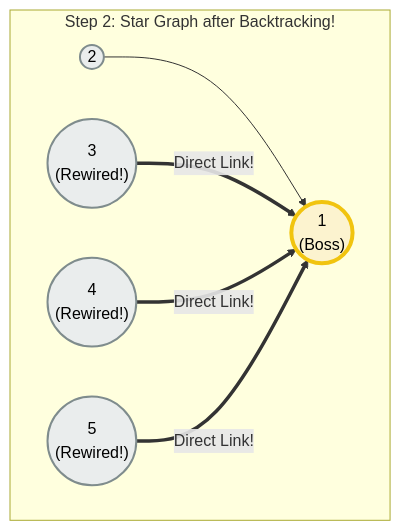
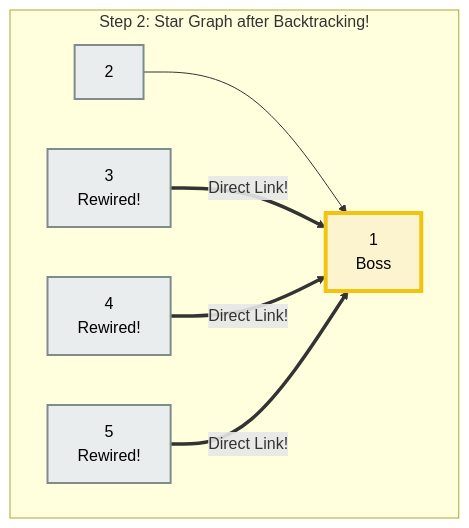
Before and after one commit to muntasir24/DSA_Practice: diagram 22 of 36 in Graph/DSU_README.md, drawn with Mermaid. The commit also changed other lines of this file, not shown here.

````diff
--- a/Graph/DSU_README.md
+++ b/Graph/DSU_README.md
@@ -889,18 +889,18 @@
 ```mermaid
 graph TD
     subgraph Step_2__Star_Graph_after_Backtracking_ ["Step 2: Star Graph after Backtracking!"]
-        1(("1<br>(Boss)")):::superBoss
-        2(("2")):::midBoss
-        3(("3<br>(Rewired!)")):::midBoss
-        4(("4<br>(Rewired!)")):::midBoss
-        5(("5<br>(Rewired!)")):::midBoss
+        1["1<br>Boss"]:::superBoss
+        2["2"]:::midBoss
+        3["3<br>Rewired!"]:::midBoss
+        4["4<br>Rewired!"]:::midBoss
+        5["5<br>Rewired!"]:::midBoss
         
         2 --> 1
         3 == "Direct Link!" ==> 1
         4 == "Direct Link!" ==> 1
         5 == "Direct Link!" ==> 1
     end
 
     classDef superBoss fill:#FCF3CF,stroke:#F1C40F,stroke-width:4px,color:#000000;
     classDef midBoss fill:#EAEDED,stroke:#7F8C8D,stroke-width:2px,color:#000000;
 ```
````
